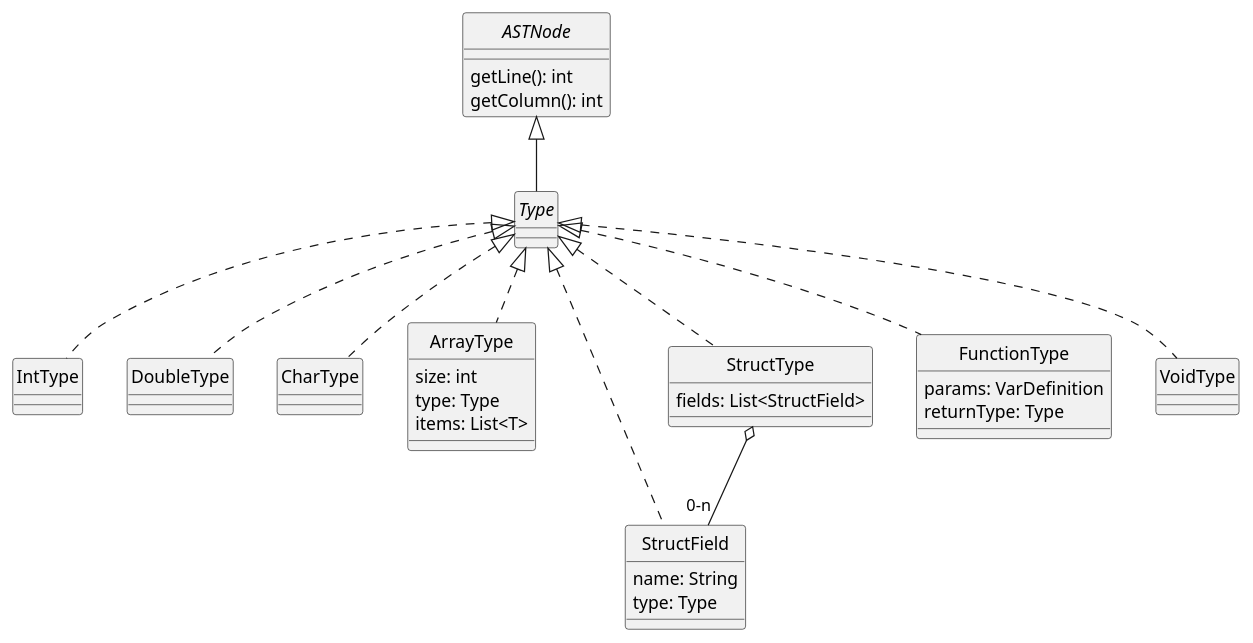
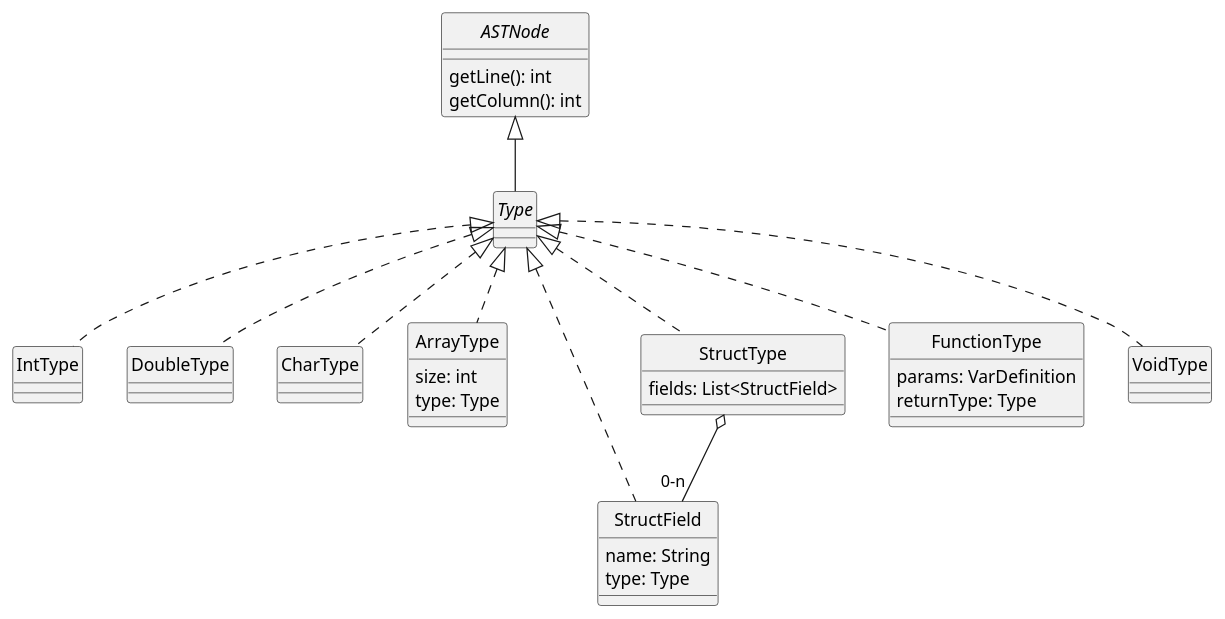
One commit to DavidGonzalezFernandez/dlp-compiler changed the diagram in docs/diagrams/types.plantuml. Above: the diagram before and after it, drawn with PlantUML.

Commit message:
Versión final del UML types

```diff
--- a/docs/diagrams/types.plantuml
+++ b/docs/diagrams/types.plantuml
@@ -1,64 +1,63 @@
 @startuml Types
 skinparam style strictuml
 skinparam monochrome true
 
 interface ASTNode {
     getLine(): int
     getColumn(): int
 }
 
 interface Type
 
 ASTNode <|-- Type
 
 'Los tipos simples son: int, double, char
 Type <|.. IntType
 class IntType
 
 class DoubleType
 Type <|.. DoubleType
 
 class CharType
 Type <|.. CharType
 
 
 ' Los tipos complejos son Arrays y Structs
 
 /' Los arrays pueden ser creados usando [] para construir un tipo nuevo,
 debiendo especificar el tamaño del array, previo a su tipo, en su construcción '/
 class ArrayType {
     size: int
     type: Type
-    items: List<T>
 }
 Type <|.. ArrayType
 
 
 class StructField {
     name: String
     type: Type
 }
 Type <|.. StructField
 
 
 ' Un registro se puede crear usando la palabra clave defstruct y definiendo una secuencia de variables
 class StructType {
     fields: List<StructField>   /'¿Por qué este tipo concreto?'/
 }
 Type <|.. StructType
 StructType o-- "0-n" StructField
 
 
 class FunctionType {
     params: VarDefinition
     returnType: Type    /'Sólo se devuelven tipos simples'/
 }
 Type <|.. FunctionType
 
 
 ' Las funciones tienen un tipo de retorno, pero pueden no devolver nada
 ' Se necesita el tipo Void
 class VoidType
 Type <|.. VoidType
 
 @enduml
```
